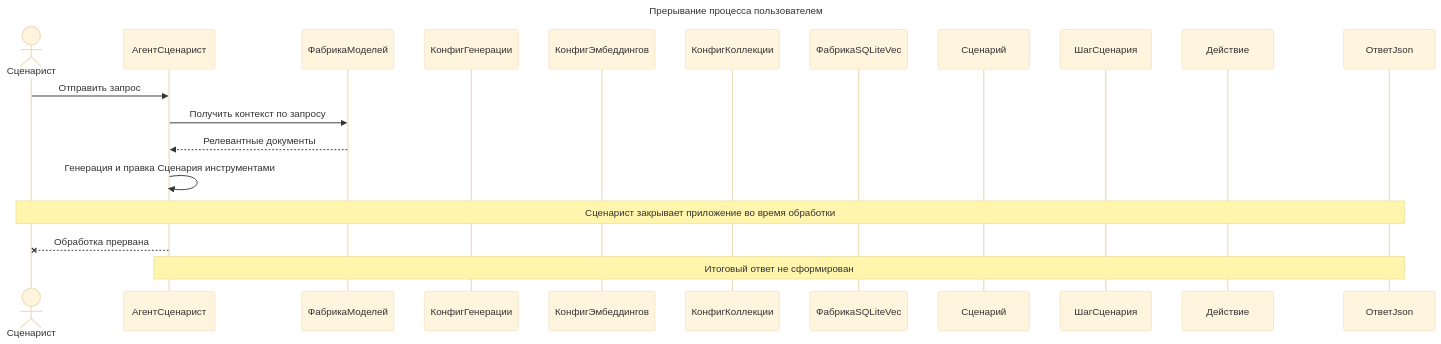
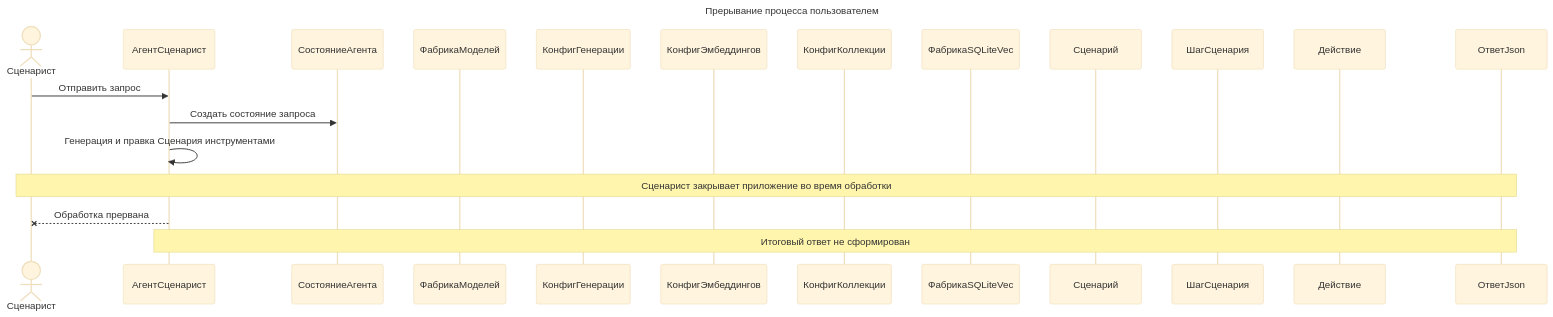
The third of 3 diagrams in Пакет Обработка эмбеддингов/2. Диаграмма последовательностей взаимодействия объектов классов пакета.md (CHSU-scenarAIst/diagrammy), drawn with Mermaid (base theme) before and after one commit. The commit also changed other lines of this file and 13 other files, not shown here.

````diff
--- a/Пакет Обработка эмбеддингов/2. Диаграмма последовательностей взаимодействия объектов классов пакета.md
+++ b/Пакет Обработка эмбеддингов/2. Диаграмма последовательностей взаимодействия объектов классов пакета.md
@@ -75,25 +80,25 @@
 ```mermaid
 ---
 title: Прерывание процесса пользователем
 ---
 sequenceDiagram
     actor Сценарист
     participant АгентСценарист
+    participant СостояниеАгента
     participant ФабрикаМоделей
     participant КонфигГенерации
     participant КонфигЭмбеддингов
     participant КонфигКоллекции
     participant ФабрикаSQLiteVec
     participant Сценарий
     participant ШагСценария
     participant Действие
     participant ОтветJson
 
     Сценарист->>АгентСценарист: Отправить запрос
-    АгентСценарист->>ФабрикаМоделей: Получить контекст по запросу
-    ФабрикаМоделей-->>АгентСценарист: Релевантные документы
+    АгентСценарист->>СостояниеАгента: Создать состояние запроса
     АгентСценарист->>АгентСценарист: Генерация и правка Сценария инструментами
     Note over Сценарист,ОтветJson: Сценарист закрывает приложение во время обработки
     АгентСценарист--xСценарист: Обработка прервана
     Note over АгентСценарист,ОтветJson: Итоговый ответ не сформирован
 ```
````
